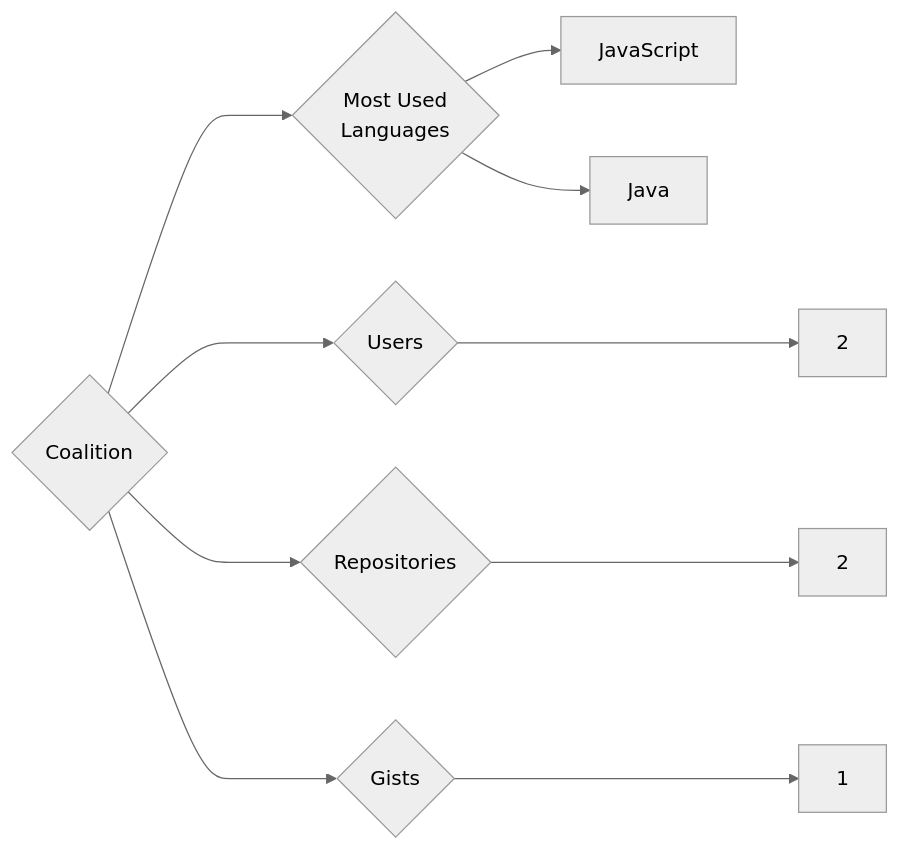
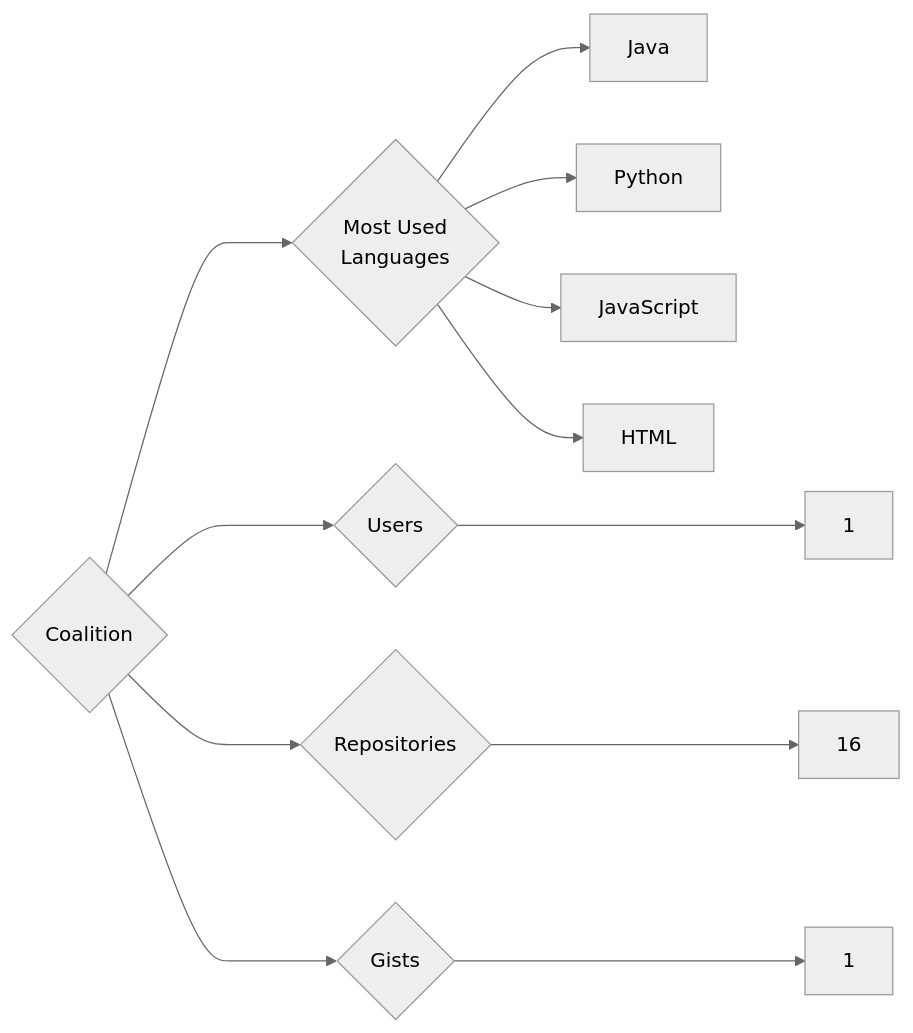
Before and after one commit to trickest/insiders: the diagram in targets/Coalition/README.md, drawn with Mermaid (neutral theme). The commit also changed 965 other files, not shown here.

````diff
--- a/targets/Coalition/README.md
+++ b/targets/Coalition/README.md
@@ -3,10 +3,12 @@
 ```mermaid
 graph LR
 COMPANY_NAME{Coalition}
-COMPANY_NAME ---> U{Users} ---> UN[2]
-COMPANY_NAME ---> R{Repositories} ---> RN[2]
+COMPANY_NAME ---> U{Users} ---> UN[1]
+COMPANY_NAME ---> R{Repositories} ---> RN[16]
 COMPANY_NAME ---> G{Gists} ---> GN[1]
 COMPANY_NAME ---> ML{Most Used<br>Languages}
+ML --> Java[Java]
+ML --> Python[Python]
 ML --> JavaScript[JavaScript]
-ML --> Java[Java]
+ML --> HTML[HTML]
 ```
````
